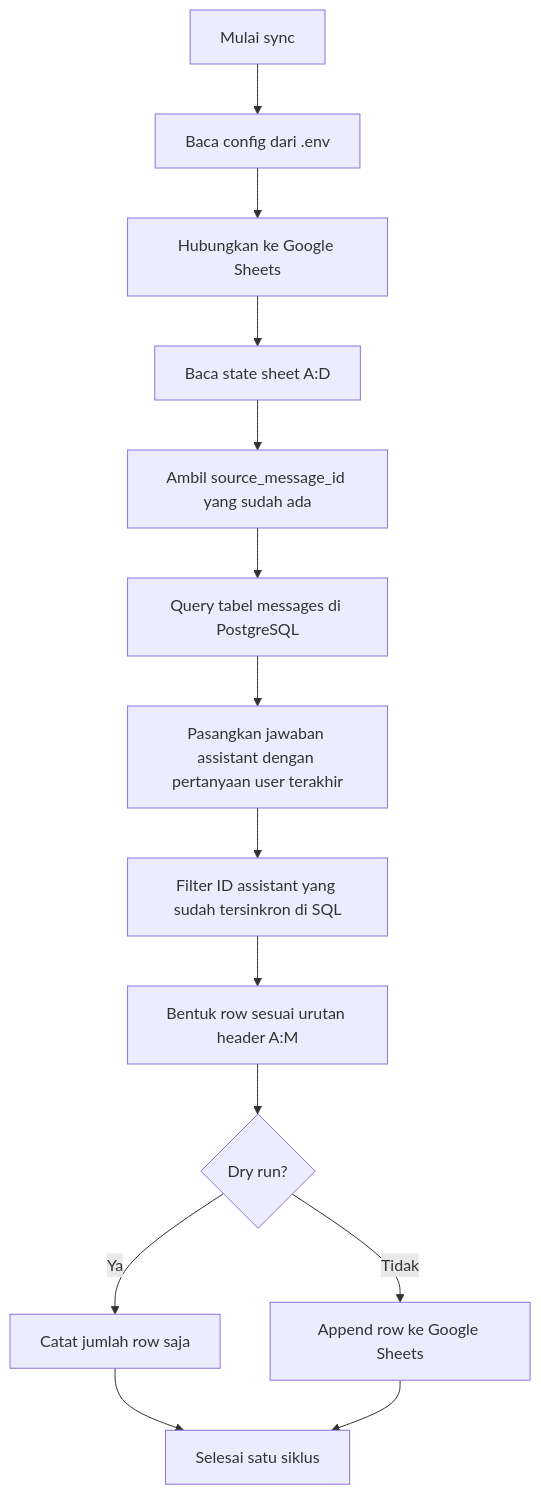
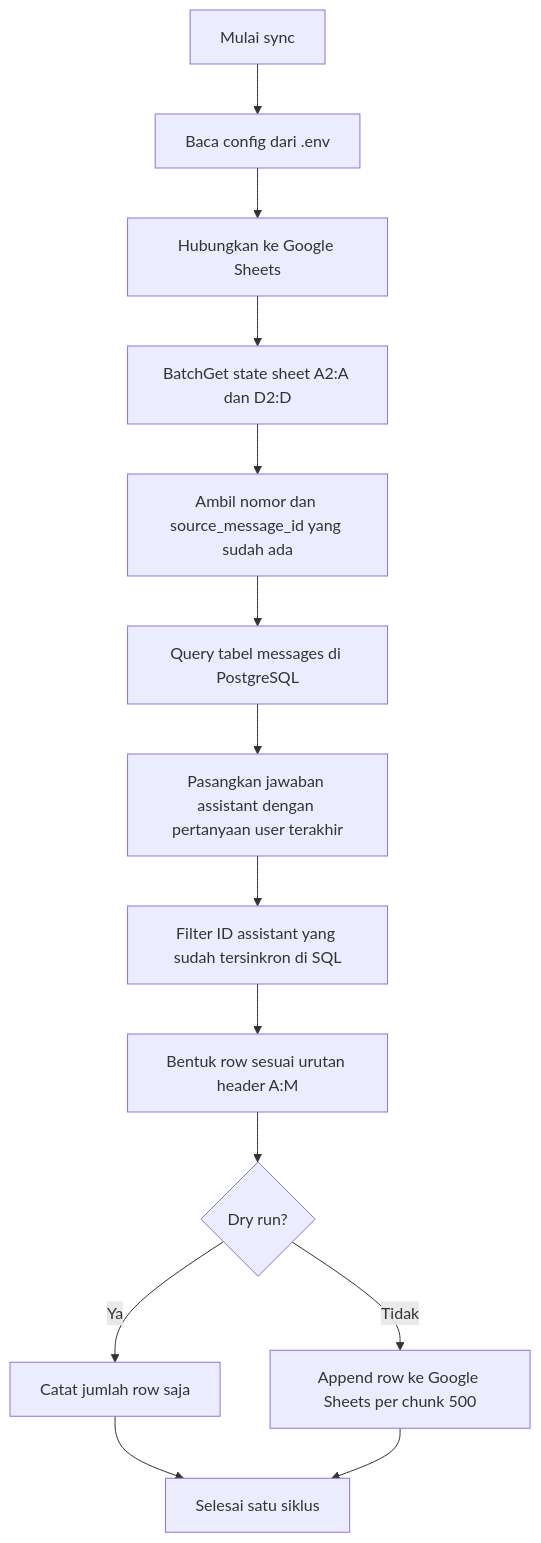
The diagram in automation_qa/docs/sync-flow.md (Ikrar06/rag-mm-b), drawn with Mermaid before and after one commit. The commit also changed other lines of this file and 2 other files, not shown here.

First line of the commit message:
docs(automation-qa): optimize Google Sheets sync flow and update documentation

````diff
--- a/automation_qa/docs/sync-flow.md
+++ b/automation_qa/docs/sync-flow.md
@@ -23,16 +23,16 @@
 ```mermaid
 flowchart TD
     A[Mulai sync] --> B[Baca config dari .env]
     B --> C[Hubungkan ke Google Sheets]
-    C --> D[Baca state sheet A:D]
-    D --> E[Ambil source_message_id yang sudah ada]
+    C --> D[BatchGet state sheet A2:A dan D2:D]
+    D --> E[Ambil nomor dan source_message_id yang sudah ada]
     E --> F[Query tabel messages di PostgreSQL]
     F --> G[Pasangkan jawaban assistant dengan pertanyaan user terakhir]
     G --> H[Filter ID assistant yang sudah tersinkron di SQL]
     H --> I[Bentuk row sesuai urutan header A:M]
     I --> J{Dry run?}
     J -- Ya --> K[Catat jumlah row saja]
-    J -- Tidak --> L[Append row ke Google Sheets]
+    J -- Tidak --> L[Append row ke Google Sheets per chunk 500]
     K --> M[Selesai satu siklus]
     L --> M
 ```
````
